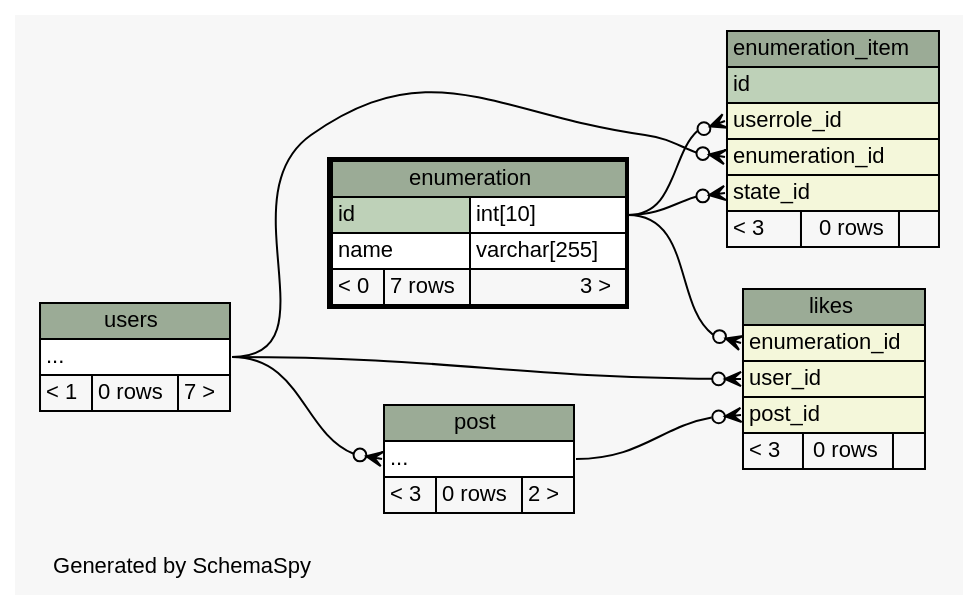
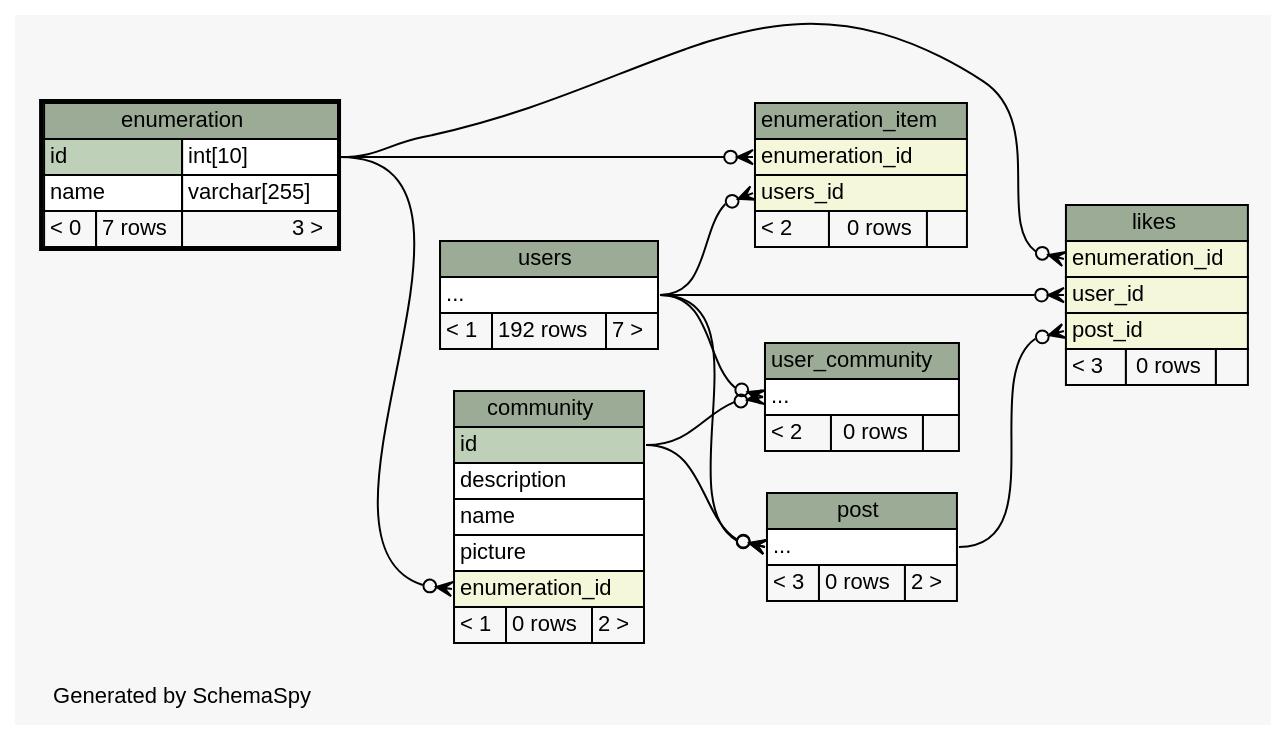
Before and after one commit to chr-krenn/chr-krenn-fhj-ws2017-sd17-pse: the diagram in doc/db_schema/diagrams/enumeration.2degrees.dot, drawn with Graphviz. The commit also changed 72 other files, not shown here.

```diff
--- a/doc/db_schema/diagrams/enumeration.2degrees.dot
+++ b/doc/db_schema/diagrams/enumeration.2degrees.dot
@@ -1,85 +1,110 @@
 // dot 2.40.1 on Linux 4.12.5-300.fc26.x86_64
 // SchemaSpy rev 590
 digraph "twoDegreesRelationshipsDiagram" {
   graph [
     rankdir="RL"
     bgcolor="#f7f7f7"
     label="\nGenerated by SchemaSpy"
     labeljust="l"
     nodesep="0.18"
     ranksep="0.46"
     fontname="Helvetica"
     fontsize="11"
   ];
   node [
     fontname="Helvetica"
     fontsize="11"
     shape="plaintext"
   ];
   edge [
     arrowsize="0.8"
   ];
-  "enumeration_item":"enumeration_id":w -> "users":"elipses":e [arrowhead=none dir=back arrowtail=crowodot];
-  "enumeration_item":"state_id":w -> "enumeration":"id.type":e [arrowhead=none dir=back arrowtail=crowodot];
-  "enumeration_item":"userrole_id":w -> "enumeration":"id.type":e [arrowhead=none dir=back arrowtail=crowodot];
+  "community":"enumeration_id":w -> "enumeration":"id.type":e [arrowhead=none dir=back arrowtail=crowodot];
+  "enumeration_item":"enumeration_id":w -> "enumeration":"id.type":e [arrowhead=none dir=back arrowtail=crowodot];
+  "enumeration_item":"users_id":w -> "users":"elipses":e [arrowhead=none dir=back arrowtail=crowodot];
   "likes":"enumeration_id":w -> "enumeration":"id.type":e [arrowhead=none dir=back arrowtail=crowodot];
   "likes":"post_id":w -> "post":"elipses":e [arrowhead=none dir=back arrowtail=crowodot];
   "likes":"user_id":w -> "users":"elipses":e [arrowhead=none dir=back arrowtail=crowodot];
+  "post":"elipses":w -> "community":"id":e [arrowhead=none dir=back arrowtail=crowodot];
   "post":"elipses":w -> "users":"elipses":e [arrowhead=none dir=back arrowtail=crowodot];
+  "user_community":"elipses":w -> "community":"id":e [arrowhead=none dir=back arrowtail=crowodot];
+  "user_community":"elipses":w -> "users":"elipses":e [arrowhead=none dir=back arrowtail=crowodot];
+  "community" [
+    label=<
+    <TABLE BORDER="0" CELLBORDER="1" CELLSPACING="0" BGCOLOR="#ffffff">
+      <TR><TD COLSPAN="3" BGCOLOR="#9bab96" ALIGN="CENTER">community</TD></TR>
+      <TR><TD PORT="id" COLSPAN="3" BGCOLOR="#bed1b8" ALIGN="LEFT">id</TD></TR>
+      <TR><TD PORT="description" COLSPAN="3" ALIGN="LEFT">description</TD></TR>
+      <TR><TD PORT="name" COLSPAN="3" ALIGN="LEFT">name</TD></TR>
+      <TR><TD PORT="picture" COLSPAN="3" ALIGN="LEFT">picture</TD></TR>
+      <TR><TD PORT="enumeration_id" COLSPAN="3" BGCOLOR="#f4f7da" ALIGN="LEFT">enumeration_id</TD></TR>
+      <TR><TD ALIGN="LEFT" BGCOLOR="#f7f7f7">&lt; 1</TD><TD ALIGN="RIGHT" BGCOLOR="#f7f7f7">0 rows</TD><TD ALIGN="RIGHT" BGCOLOR="#f7f7f7">2 &gt;</TD></TR>
+    </TABLE>>
+    URL="community.html"
+    tooltip="community"
+  ];
   "enumeration" [
     label=<
     <TABLE BORDER="2" CELLBORDER="1" CELLSPACING="0" BGCOLOR="#ffffff">
       <TR><TD COLSPAN="3" BGCOLOR="#9bab96" ALIGN="CENTER">enumeration</TD></TR>
       <TR><TD PORT="id" COLSPAN="2" BGCOLOR="#bed1b8" ALIGN="LEFT">id</TD><TD PORT="id.type" ALIGN="LEFT">int[10]</TD></TR>
       <TR><TD PORT="name" COLSPAN="2" ALIGN="LEFT">name</TD><TD PORT="name.type" ALIGN="LEFT">varchar[255]</TD></TR>
       <TR><TD ALIGN="LEFT" BGCOLOR="#f7f7f7">&lt; 0</TD><TD ALIGN="RIGHT" BGCOLOR="#f7f7f7">7 rows</TD><TD ALIGN="RIGHT" BGCOLOR="#f7f7f7">3 &gt;</TD></TR>
     </TABLE>>
     URL="enumeration.html"
     tooltip="enumeration"
   ];
   "enumeration_item" [
     label=<
     <TABLE BORDER="0" CELLBORDER="1" CELLSPACING="0" BGCOLOR="#ffffff">
       <TR><TD COLSPAN="3" BGCOLOR="#9bab96" ALIGN="CENTER">enumeration_item</TD></TR>
-      <TR><TD PORT="id" COLSPAN="3" BGCOLOR="#bed1b8" ALIGN="LEFT">id</TD></TR>
-      <TR><TD PORT="userrole_id" COLSPAN="3" BGCOLOR="#f4f7da" ALIGN="LEFT">userrole_id</TD></TR>
       <TR><TD PORT="enumeration_id" COLSPAN="3" BGCOLOR="#f4f7da" ALIGN="LEFT">enumeration_id</TD></TR>
-      <TR><TD PORT="state_id" COLSPAN="3" BGCOLOR="#f4f7da" ALIGN="LEFT">state_id</TD></TR>
-      <TR><TD ALIGN="LEFT" BGCOLOR="#f7f7f7">&lt; 3</TD><TD ALIGN="RIGHT" BGCOLOR="#f7f7f7">0 rows</TD><TD ALIGN="RIGHT" BGCOLOR="#f7f7f7">  </TD></TR>
+      <TR><TD PORT="users_id" COLSPAN="3" BGCOLOR="#f4f7da" ALIGN="LEFT">users_id</TD></TR>
+      <TR><TD ALIGN="LEFT" BGCOLOR="#f7f7f7">&lt; 2</TD><TD ALIGN="RIGHT" BGCOLOR="#f7f7f7">0 rows</TD><TD ALIGN="RIGHT" BGCOLOR="#f7f7f7">  </TD></TR>
     </TABLE>>
     URL="enumeration_item.html"
     tooltip="enumeration_item"
   ];
   "likes" [
     label=<
     <TABLE BORDER="0" CELLBORDER="1" CELLSPACING="0" BGCOLOR="#ffffff">
       <TR><TD COLSPAN="3" BGCOLOR="#9bab96" ALIGN="CENTER">likes</TD></TR>
       <TR><TD PORT="enumeration_id" COLSPAN="3" BGCOLOR="#f4f7da" ALIGN="LEFT">enumeration_id</TD></TR>
       <TR><TD PORT="user_id" COLSPAN="3" BGCOLOR="#f4f7da" ALIGN="LEFT">user_id</TD></TR>
       <TR><TD PORT="post_id" COLSPAN="3" BGCOLOR="#f4f7da" ALIGN="LEFT">post_id</TD></TR>
       <TR><TD ALIGN="LEFT" BGCOLOR="#f7f7f7">&lt; 3</TD><TD ALIGN="RIGHT" BGCOLOR="#f7f7f7">0 rows</TD><TD ALIGN="RIGHT" BGCOLOR="#f7f7f7">  </TD></TR>
     </TABLE>>
     URL="likes.html"
     tooltip="likes"
   ];
   "post" [
     label=<
     <TABLE BORDER="0" CELLBORDER="1" CELLSPACING="0" BGCOLOR="#ffffff">
       <TR><TD COLSPAN="3" BGCOLOR="#9bab96" ALIGN="CENTER">post</TD></TR>
       <TR><TD PORT="elipses" COLSPAN="3" ALIGN="LEFT">...</TD></TR>
       <TR><TD ALIGN="LEFT" BGCOLOR="#f7f7f7">&lt; 3</TD><TD ALIGN="RIGHT" BGCOLOR="#f7f7f7">0 rows</TD><TD ALIGN="RIGHT" BGCOLOR="#f7f7f7">2 &gt;</TD></TR>
     </TABLE>>
     URL="post.html"
     tooltip="post"
   ];
+  "user_community" [
+    label=<
+    <TABLE BORDER="0" CELLBORDER="1" CELLSPACING="0" BGCOLOR="#ffffff">
+      <TR><TD COLSPAN="3" BGCOLOR="#9bab96" ALIGN="CENTER">user_community</TD></TR>
+      <TR><TD PORT="elipses" COLSPAN="3" ALIGN="LEFT">...</TD></TR>
+      <TR><TD ALIGN="LEFT" BGCOLOR="#f7f7f7">&lt; 2</TD><TD ALIGN="RIGHT" BGCOLOR="#f7f7f7">0 rows</TD><TD ALIGN="RIGHT" BGCOLOR="#f7f7f7">  </TD></TR>
+    </TABLE>>
+    URL="user_community.html"
+    tooltip="user_community"
+  ];
   "users" [
     label=<
     <TABLE BORDER="0" CELLBORDER="1" CELLSPACING="0" BGCOLOR="#ffffff">
       <TR><TD COLSPAN="3" BGCOLOR="#9bab96" ALIGN="CENTER">users</TD></TR>
       <TR><TD PORT="elipses" COLSPAN="3" ALIGN="LEFT">...</TD></TR>
-      <TR><TD ALIGN="LEFT" BGCOLOR="#f7f7f7">&lt; 1</TD><TD ALIGN="RIGHT" BGCOLOR="#f7f7f7">0 rows</TD><TD ALIGN="RIGHT" BGCOLOR="#f7f7f7">7 &gt;</TD></TR>
+      <TR><TD ALIGN="LEFT" BGCOLOR="#f7f7f7">&lt; 1</TD><TD ALIGN="RIGHT" BGCOLOR="#f7f7f7">192 rows</TD><TD ALIGN="RIGHT" BGCOLOR="#f7f7f7">7 &gt;</TD></TR>
     </TABLE>>
     URL="users.html"
     tooltip="users"
   ];
 }
```
